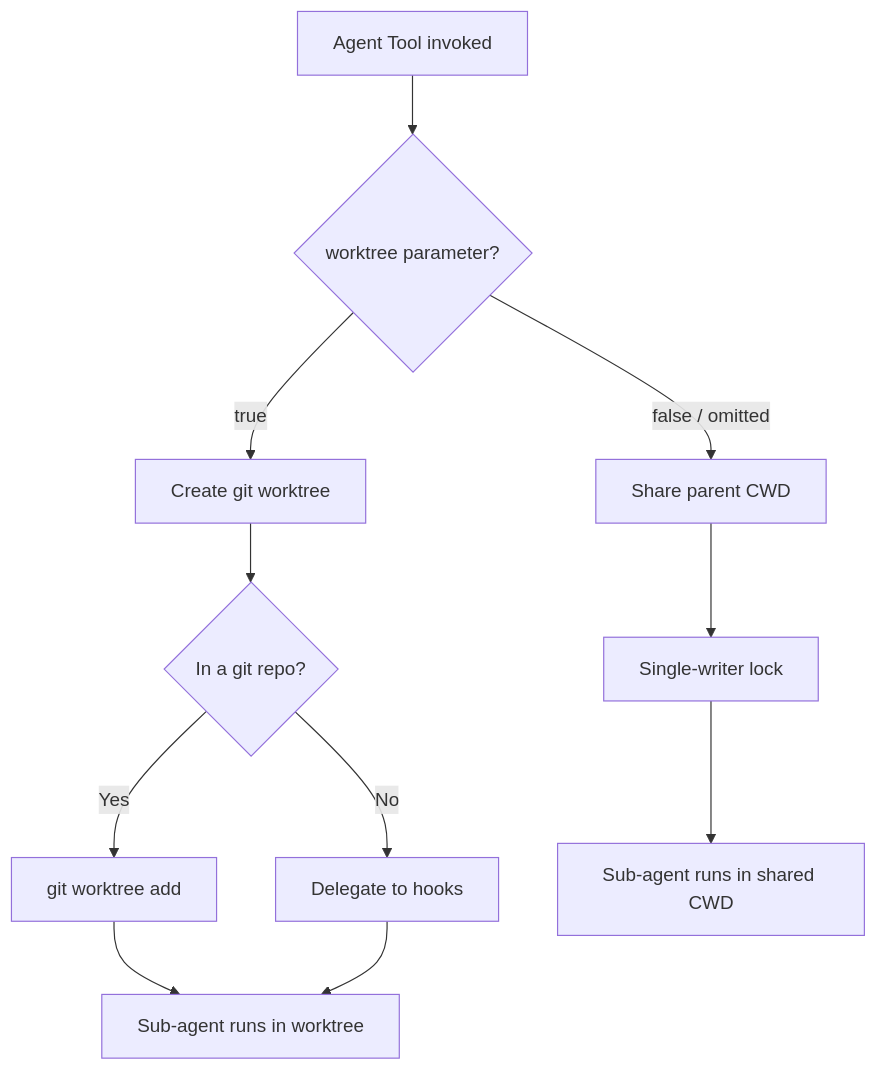
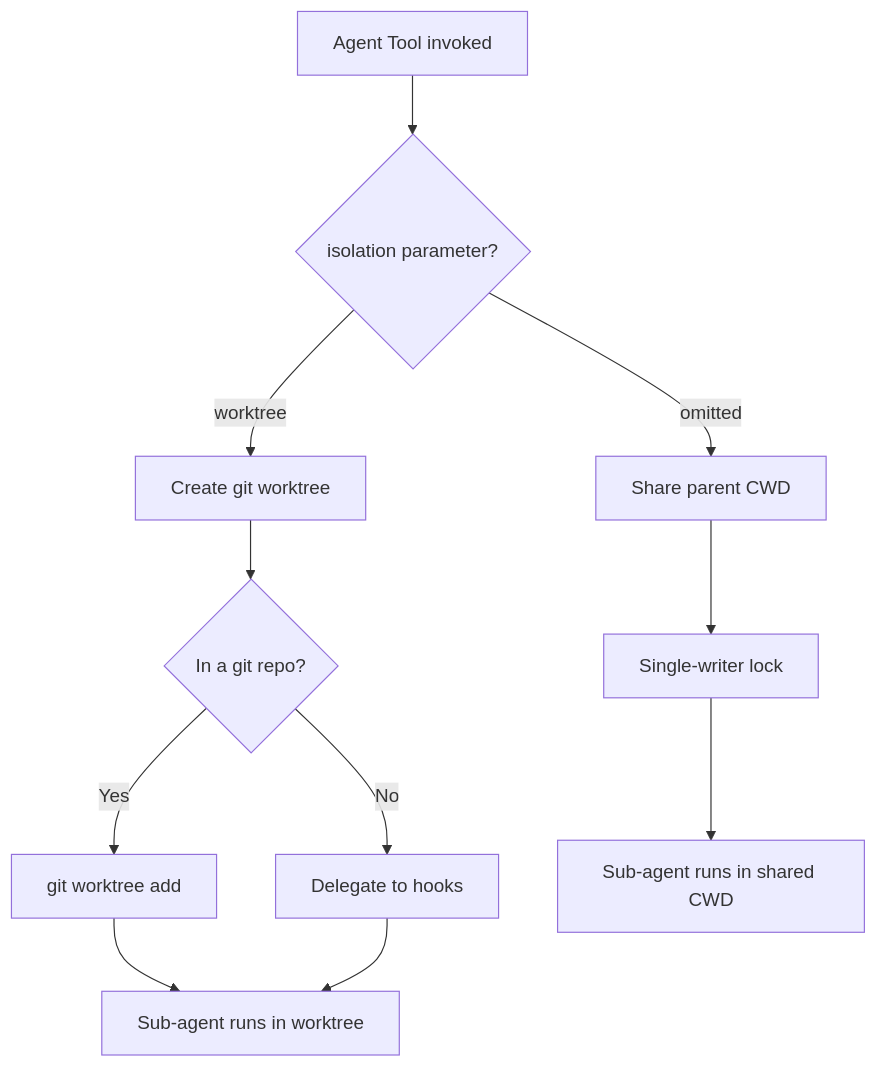
The first of 2 diagrams in docs/src/content/en/tools/agent-tool/isolation-and-worktrees.mdx (smilewilson1999/claude-code-docs), drawn with Mermaid before and after one commit. The commit also changed 2 other files, not shown here.

Commit message:
fix: address PR review feedback on agent-tool sub-pages
- Fix isolation diagram to use `isolation: "worktree"` parameter (not `worktree: true`)
- Clarify background agent return shape as result object containing agentId

````diff
--- a/docs/src/content/en/tools/agent-tool/isolation-and-worktrees.mdx
+++ b/docs/src/content/en/tools/agent-tool/isolation-and-worktrees.mdx
@@ -12,16 +12,16 @@
 ```mermaid
 flowchart TD
-    A[Agent Tool invoked] --> B{worktree parameter?}
-    B -->|true| C[Create git worktree]
-    B -->|false / omitted| D[Share parent CWD]
+    A[Agent Tool invoked] --> B{isolation parameter?}
+    B -->|"worktree"| C[Create git worktree]
+    B -->|omitted| D[Share parent CWD]
 
     C --> E{In a git repo?}
     E -->|Yes| F[git worktree add]
     E -->|No| G[Delegate to hooks]
 
     D --> H[Single-writer lock]
 
     F --> I[Sub-agent runs in worktree]
     G --> I
     H --> J[Sub-agent runs in shared CWD]
 ```
````
